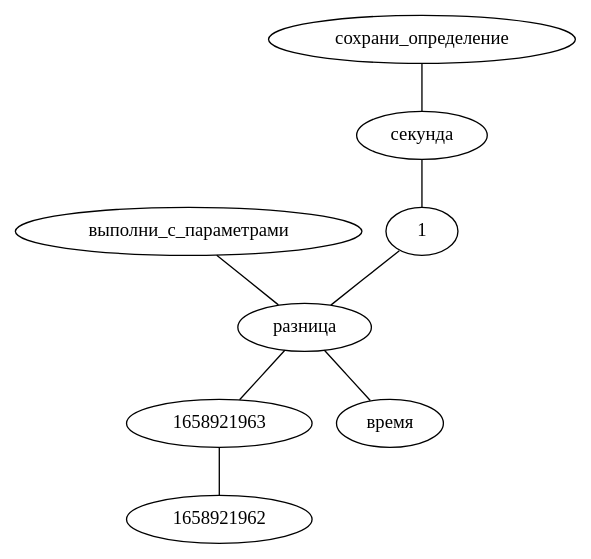
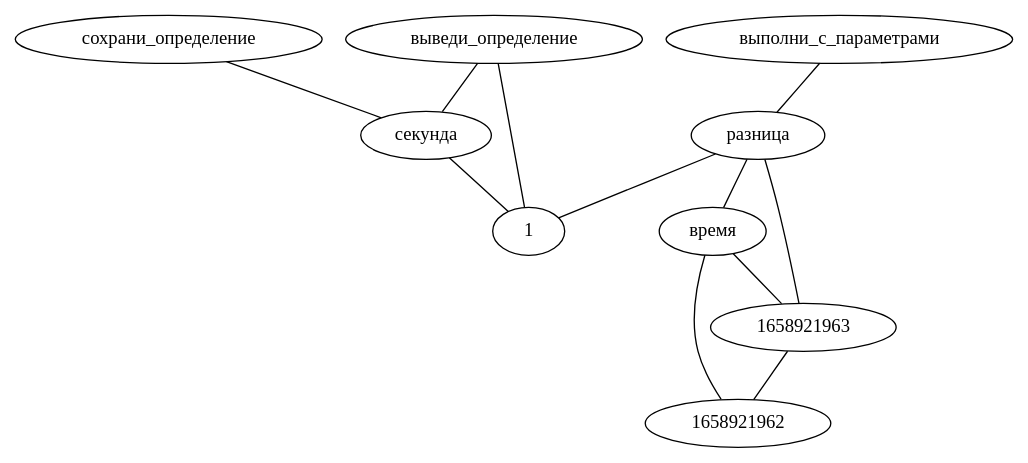
Before and after one commit to LeonovEvgenii/AGI: the diagram in graphs/local_graph.dot, drawn with Graphviz. The commit also changed 5 other files, not shown here.

```diff
--- a/graphs/local_graph.dot
+++ b/graphs/local_graph.dot
@@ -1,9 +1,13 @@
 strict graph G {
+"время" -- "1658921962"
+"время" -- "1658921963"
 "выполни_с_параметрами" -- "разница"
 "разница" -- "1658921963"
 "1658921963" -- "1658921962"
+"разница" -- "1"
 "сохрани_определение" -- "секунда"
 "секунда" -- "1"
-"1" -- "разница"
 "разница" -- "время"
+"выведи_определение" -- "секунда"
+"выведи_определение" -- "1"
 }
```
